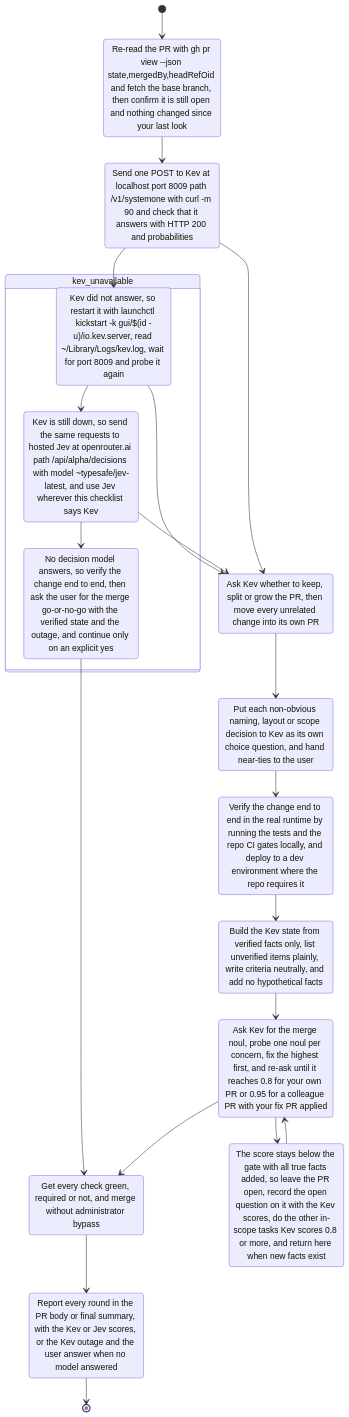
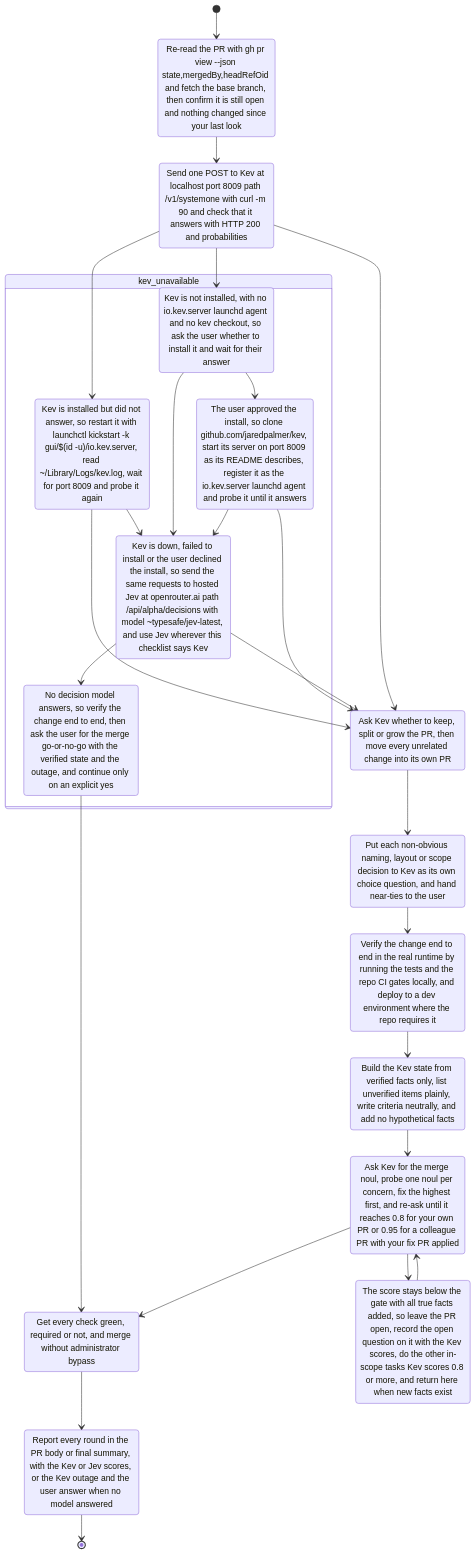
The diagram in .steplock/checklists/pr-improvement/flow.mmd (tupe12334/pull-request-improvment-checklist), drawn with Mermaid before and after one commit. The commit also changed 1 other file, not shown here.

Commit message:
Handle Kev not installed: ask the user before installing
probe_kev now branches three ways. kev_missing asks the user whether to
install Kev. On approval, install_kev clones jaredpalmer/kev, starts the
server on port 8009 as the io.kev.server launchd agent and returns to
scope. On a decline or a failed install, the flow falls back to Jev.

```diff
--- a/.steplock/checklists/pr-improvement/flow.mmd
+++ b/.steplock/checklists/pr-improvement/flow.mmd
@@ -1,37 +1,44 @@
 stateDiagram-v2
     [*] --> fresh_state
     fresh_state --> probe_kev
     probe_kev --> scope
     probe_kev --> restart_kev
+    probe_kev --> kev_missing
 
     state kev_unavailable {
         restart_kev --> use_jev
+        kev_missing --> install_kev
+        kev_missing --> use_jev
+        install_kev --> use_jev
         use_jev --> user_gate
     }
     restart_kev --> scope
+    install_kev --> scope
     use_jev --> scope
     user_gate --> checks_green
 
     scope --> design_choices
     design_choices --> verified
     verified --> honest_state
     honest_state --> threshold
     threshold --> checks_green
     threshold --> stalled
     stalled --> threshold
     checks_green --> reported
     reported --> [*]
 
     fresh_state    : Re-read the PR with gh pr view --json state,mergedBy,headRefOid and fetch the base branch, then confirm it is still open and nothing changed since your last look
     probe_kev      : Send one POST to Kev at localhost port 8009 path /v1/systemone with curl -m 90 and check that it answers with HTTP 200 and probabilities
-    restart_kev    : Kev did not answer, so restart it with launchctl kickstart -k gui/$(id -u)/io.kev.server, read ~/Library/Logs/kev.log, wait for port 8009 and probe it again
-    use_jev        : Kev is still down, so send the same requests to hosted Jev at openrouter.ai path /api/alpha/decisions with model ~typesafe/jev-latest, and use Jev wherever this checklist says Kev
+    restart_kev    : Kev is installed but did not answer, so restart it with launchctl kickstart -k gui/$(id -u)/io.kev.server, read ~/Library/Logs/kev.log, wait for port 8009 and probe it again
+    kev_missing    : Kev is not installed, with no io.kev.server launchd agent and no kev checkout, so ask the user whether to install it and wait for their answer
+    install_kev    : The user approved the install, so clone github.com/jaredpalmer/kev, start its server on port 8009 as its README describes, register it as the io.kev.server launchd agent and probe it until it answers
+    use_jev        : Kev is down, failed to install or the user declined the install, so send the same requests to hosted Jev at openrouter.ai path /api/alpha/decisions with model ~typesafe/jev-latest, and use Jev wherever this checklist says Kev
     user_gate      : No decision model answers, so verify the change end to end, then ask the user for the merge go-or-no-go with the verified state and the outage, and continue only on an explicit yes
     scope          : Ask Kev whether to keep, split or grow the PR, then move every unrelated change into its own PR
     design_choices : Put each non-obvious naming, layout or scope decision to Kev as its own choice question, and hand near-ties to the user
     verified       : Verify the change end to end in the real runtime by running the tests and the repo CI gates locally, and deploy to a dev environment where the repo requires it
     honest_state   : Build the Kev state from verified facts only, list unverified items plainly, write criteria neutrally, and add no hypothetical facts
     threshold      : Ask Kev for the merge noul, probe one noul per concern, fix the highest first, and re-ask until it reaches 0.8 for your own PR or 0.95 for a colleague PR with your fix PR applied
     stalled        : The score stays below the gate with all true facts added, so leave the PR open, record the open question on it with the Kev scores, do the other in-scope tasks Kev scores 0.8 or more, and return here when new facts exist
     checks_green   : Get every check green, required or not, and merge without administrator bypass
     reported       : Report every round in the PR body or final summary, with the Kev or Jev scores, or the Kev outage and the user answer when no model answered
```
